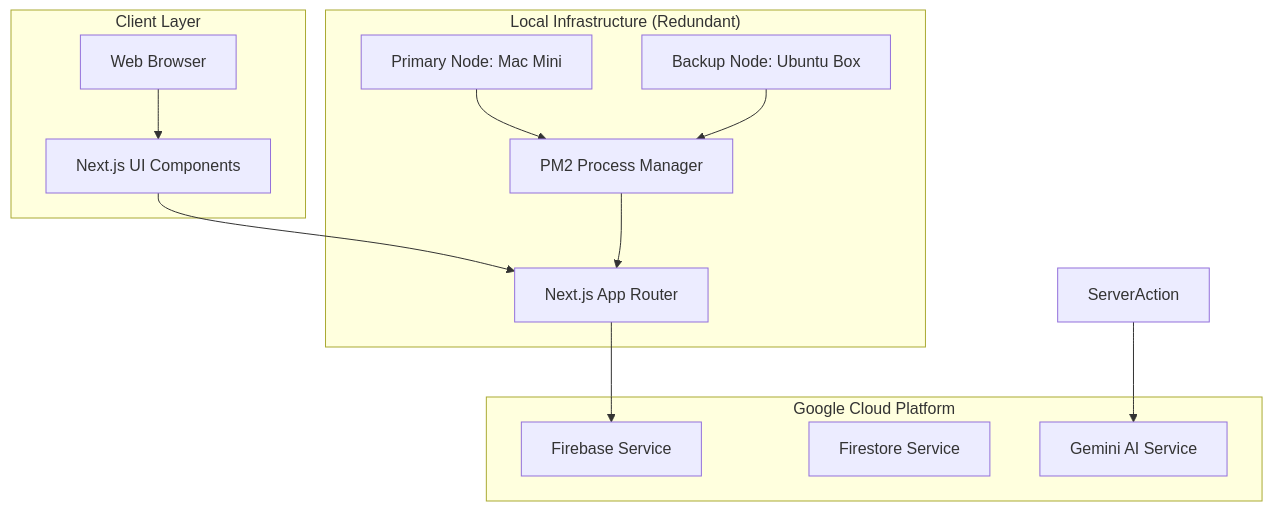
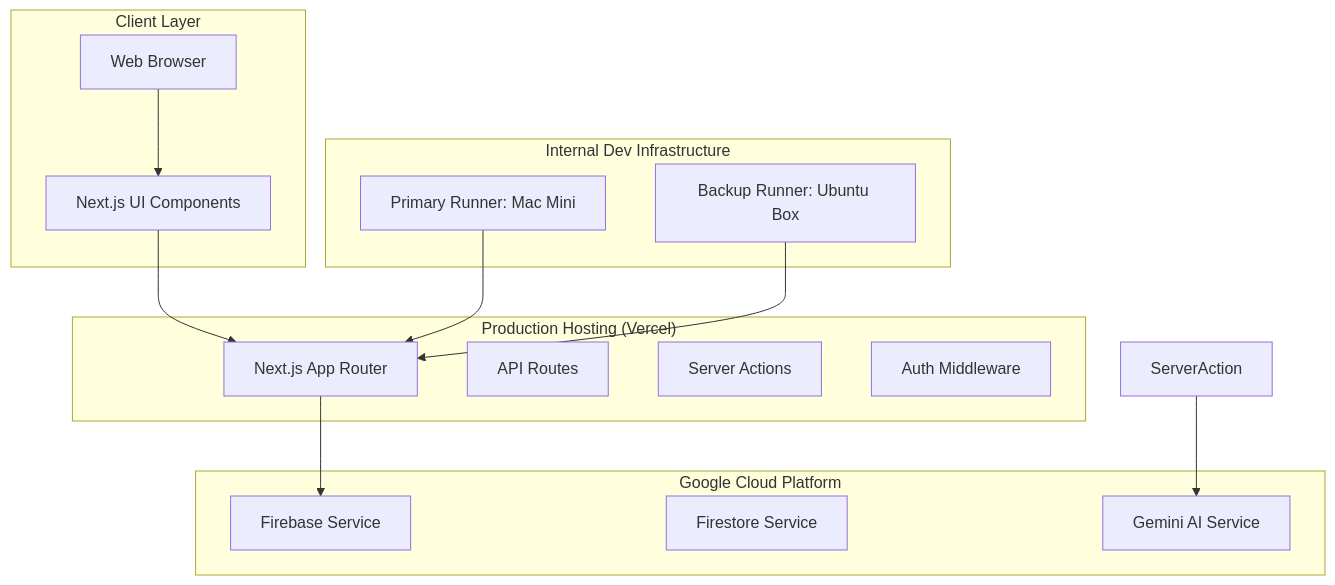
One commit to wslugger/zippy-builder-v2 changed the first of 4 diagrams in TECHNICAL_OVERVIEW.md. Above: the diagram before and after it, drawn with Mermaid. The commit also changed other lines of this file and 4 other files, not shown here.

Commit message:
docs: clarify Vercel production hosting vs self-hosted build runners

````diff
--- a/TECHNICAL_OVERVIEW.md
+++ b/TECHNICAL_OVERVIEW.md
@@ -12,28 +12,32 @@
 ```mermaid
 graph TB
     subgraph "Client Layer"
         Browser[Web Browser]
         UI[Next.js UI Components]
     end
     
-    subgraph "Local Infrastructure (Redundant)"
-        MacMini[Primary Node: Mac Mini]
-        Ubuntu[Backup Node: Ubuntu Box]
-        PM2[PM2 Process Manager]
+    subgraph "Production Hosting (Vercel)"
         NextJS[Next.js App Router]
+        API[API Routes]
+        Actions[Server Actions]
+        Middleware[Auth Middleware]
+    end
+    
+    subgraph "Internal Dev Infrastructure"
+        MacMini[Primary Runner: Mac Mini]
+        Ubuntu[Backup Runner: Ubuntu Box]
     end
     
     subgraph "Google Cloud Platform"
         FirebaseService[Firebase Service]
         FirestoreService[Firestore Service]
         GeminiService[Gemini AI Service]
     end
     
     Browser --> UI
     UI --> NextJS
     NextJS --> FirebaseService
     ServerAction --> GeminiService
-    MacMini --> PM2
-    Ubuntu --> PM2
-    PM2 --> NextJS
+    MacMini --> NextJS
+    Ubuntu --> NextJS
 ```
````
